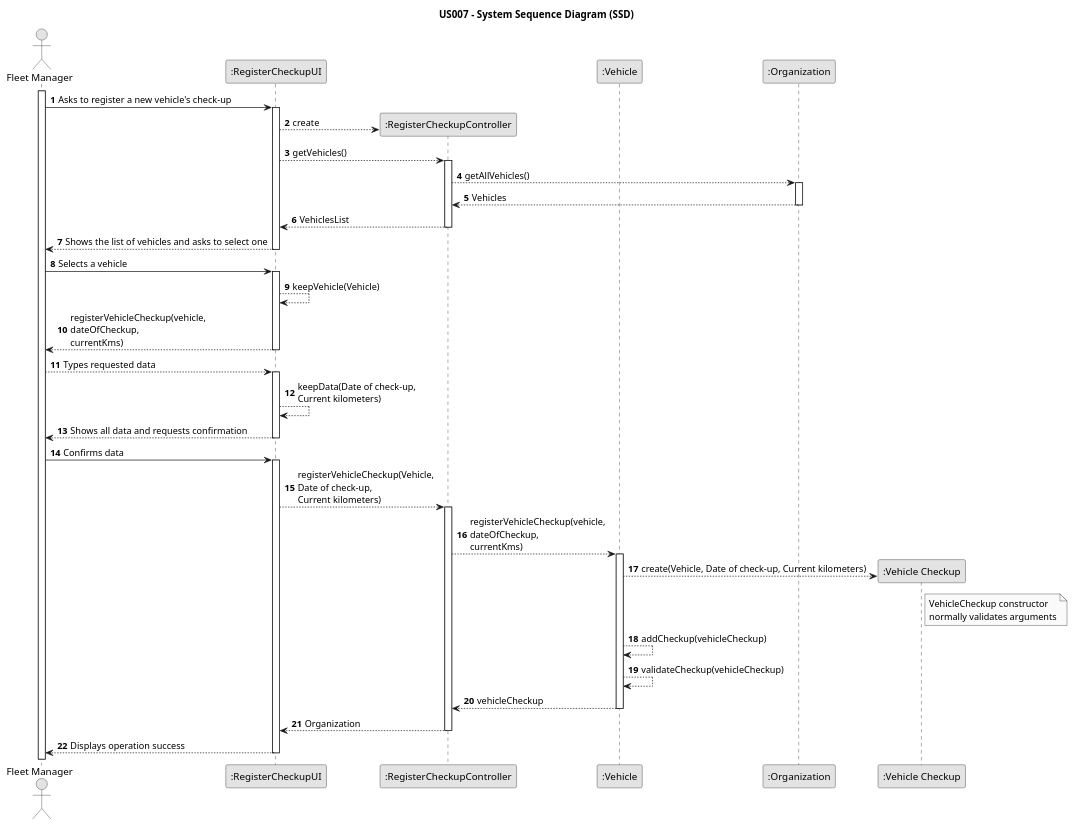
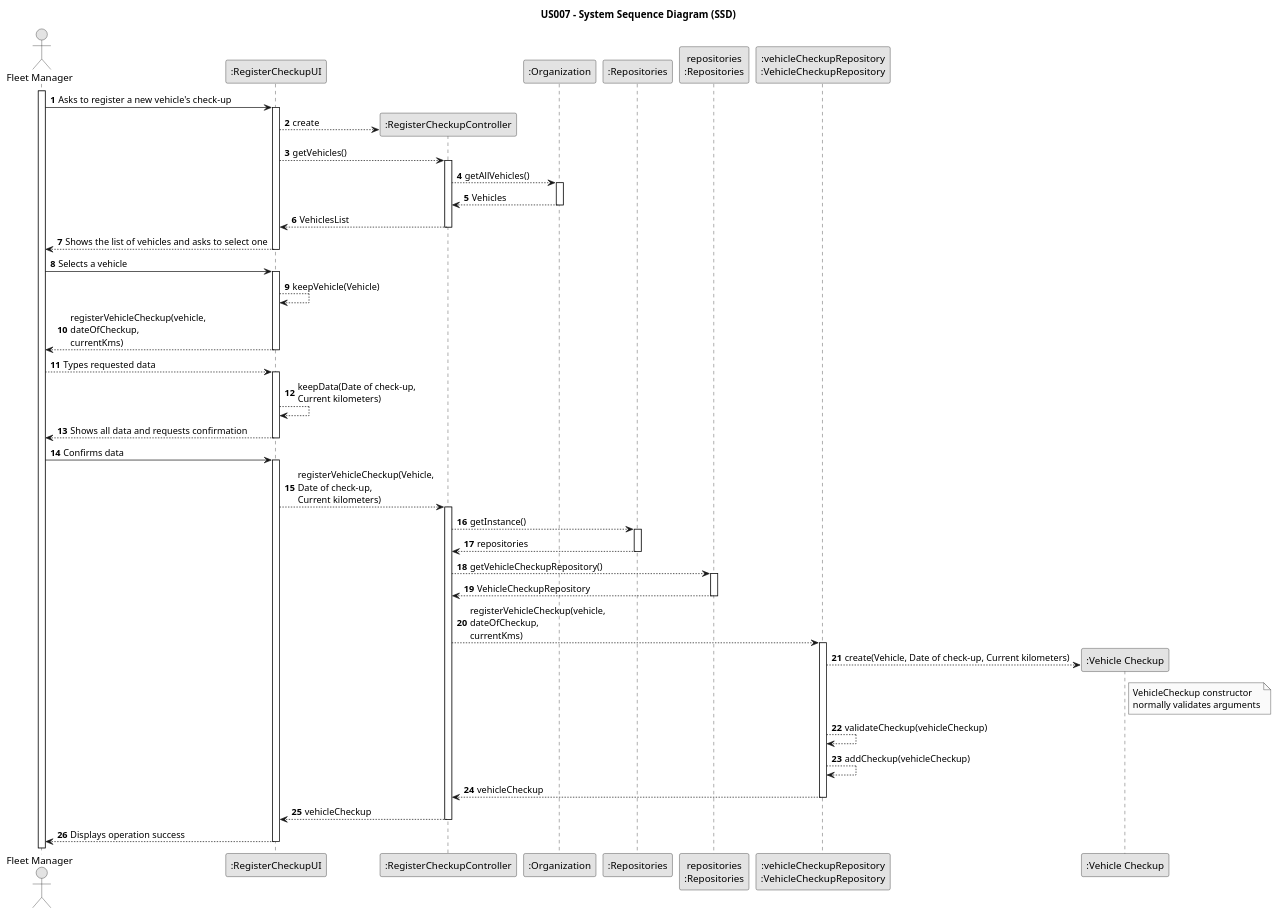
Before and after one commit to Rui-San/LAPR2_2023_2024: the diagram in docs/sprintB/us007/03.design/puml/us007-sequence-diagram-full.puml, drawn with PlantUML. The commit also changed 1 other file, not shown here.

Commit message:
US007: Fixed us07 USR Rationale and made some adjustments in the sequence diagram

```diff
--- a/docs/sprintB/us007/03.design/puml/us007-sequence-diagram-full.puml
+++ b/docs/sprintB/us007/03.design/puml/us007-sequence-diagram-full.puml
@@ -1,85 +1,95 @@
 @startuml
 skinparam monochrome true
 skinparam packageStyle rectangle
 skinparam shadowing false
 
 title US007 - System Sequence Diagram (SSD)
 
 autonumber
 
 actor "Fleet Manager" as Employee
 participant ":RegisterCheckupUI" as UI
 participant ":RegisterCheckupController" as RCCtrl
-'participant ":Repositories" as RepositorySingleton
-'participant "repositories\n:Repositories" as PLAT
 'participant "taskCategoryRepository:\nTaskCategoryRepository" as TaskCategoryRepository
 'participant ":ApplicationSession" as _APP
 'participant "appSession\n:ApplicationSession" as APP
 'participant "currentSession\n:UserSession" as SESSAO
 'participant "vehicleRepository:\nVehicleRepository" as VehicleRepository
-participant ":Vehicle" as Vehicle
+participant ":Organization" as Organization
+participant ":Repositories" as RepositorySingleton
+participant "repositories\n:Repositories" as PLAT
+participant ":vehicleCheckupRepository\n:VehicleCheckupRepository" as VCRepo
 'participant "organizationRepository:\nOrganizationRepository" as OrganizationRepository
-participant ":Organization" as Organization
 participant ":Vehicle Checkup" as VCheckup
 
 activate Employee
 
     Employee -> UI : Asks to register a new vehicle's check-up
     activate UI
 
         UI --> RCCtrl** : create
         UI --> RCCtrl : getVehicles()
         activate RCCtrl
 
             RCCtrl --> Organization : getAllVehicles()
             activate Organization
 
                 Organization --> RCCtrl : Vehicles
             deactivate Organization
 
             RCCtrl --> UI : VehiclesList
         deactivate RCCtrl
 
         UI --> Employee : Shows the list of vehicles and asks to select one
     deactivate UI
 
     Employee -> UI : Selects a vehicle
     activate UI
 
         UI --> UI : keepVehicle(Vehicle)
         UI --> Employee : registerVehicleCheckup(vehicle, \ndateOfCheckup, \ncurrentKms)
     deactivate UI
 
     Employee --> UI : Types requested data
     activate UI
 
         UI --> UI : keepData(Date of check-up, \nCurrent kilometers)
         UI --> Employee : Shows all data and requests confirmation
     deactivate UI
 
     Employee -> UI : Confirms data
     activate UI
 
         UI --> RCCtrl : registerVehicleCheckup(Vehicle, \nDate of check-up, \nCurrent kilometers)
         activate RCCtrl
 
-            RCCtrl --> Vehicle : registerVehicleCheckup(vehicle, \ndateOfCheckup, \ncurrentKms)
-            activate Vehicle
+            RCCtrl --> RepositorySingleton : getInstance()
+            activate RepositorySingleton
 
-                Vehicle --> VCheckup** : create(Vehicle, Date of check-up, Current kilometers)
+                RepositorySingleton --> RCCtrl : repositories
+            deactivate RepositorySingleton
+            RCCtrl --> PLAT : getVehicleCheckupRepository()
+            activate PLAT
+
+                PLAT --> RCCtrl : VehicleCheckupRepository
+            deactivate PLAT
+            RCCtrl --> VCRepo : registerVehicleCheckup(vehicle, \ndateOfCheckup, \ncurrentKms)
+            activate VCRepo
+
+                VCRepo --> VCheckup** : create(Vehicle, Date of check-up, Current kilometers)
                 note right of VCheckup
                     VehicleCheckup constructor
                     normally validates arguments
                 end note
-                Vehicle --> Vehicle : addCheckup(vehicleCheckup)
-                Vehicle --> Vehicle : validateCheckup(vehicleCheckup)
-                Vehicle --> RCCtrl : vehicleCheckup
-            deactivate Vehicle
+                VCRepo --> VCRepo : validateCheckup(vehicleCheckup)
+                VCRepo --> VCRepo : addCheckup(vehicleCheckup)
+                VCRepo --> RCCtrl : vehicleCheckup
+            deactivate VCRepo
 
-            RCCtrl --> UI : Organization
+            RCCtrl --> UI : vehicleCheckup
         deactivate RCCtrl
 
         UI --> Employee : Displays operation success
     deactivate UI
 
 @enduml
```
